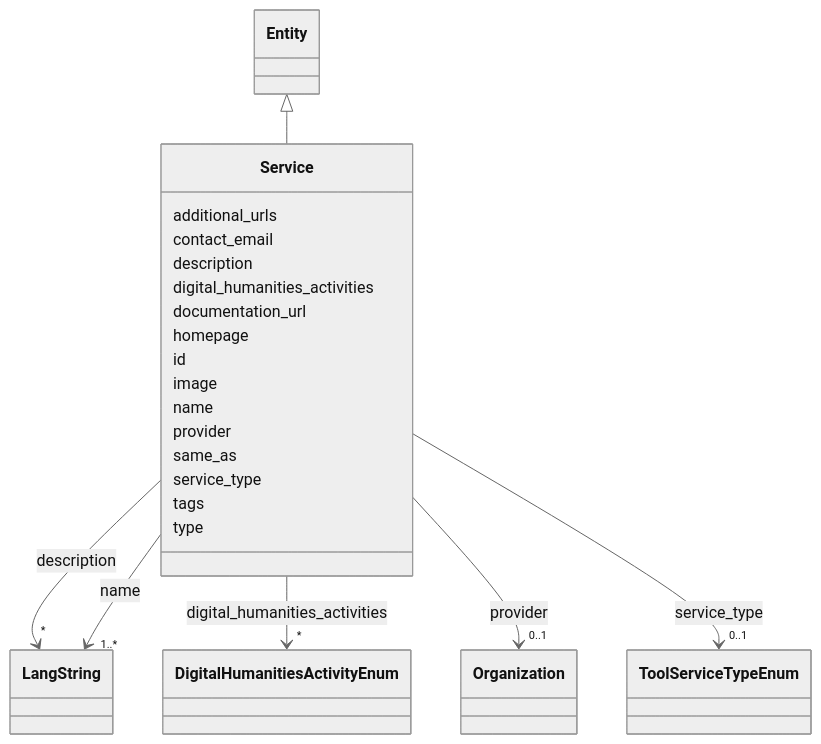
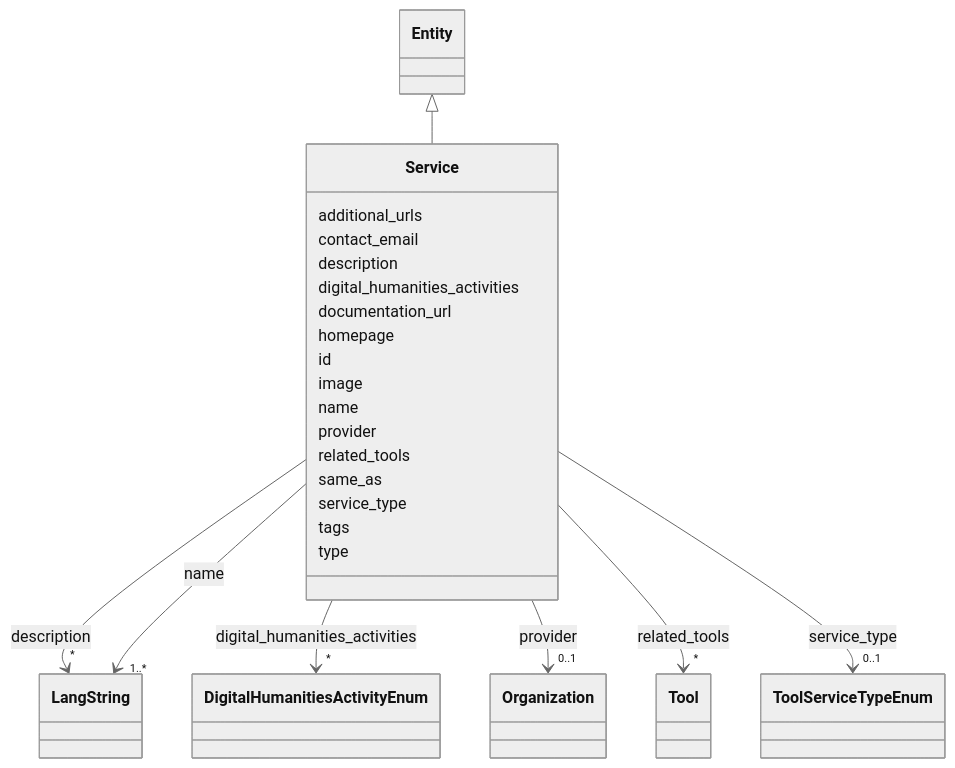
One commit to DARIAH-IL/idhi-manifests changed the diagram in docs/classes/Service.md. Above: the diagram before and after it, drawn with Mermaid (neutral theme). The commit also changed other lines of this file and 9 other files, not shown here.

Commit message:
Connect service with tool

```diff
--- a/docs/classes/Service.md
+++ b/docs/classes/Service.md
@@ -92,6 +92,19 @@
     
 
         
+      Service : related_tools
+        
+          
+    
+        
+        
+        Service --> "*" Tool : related_tools
+        
+        click Tool href "../../classes/Tool/"
+        
+    
+
+        
       Service : same_as
         
       Service : service_type
```
